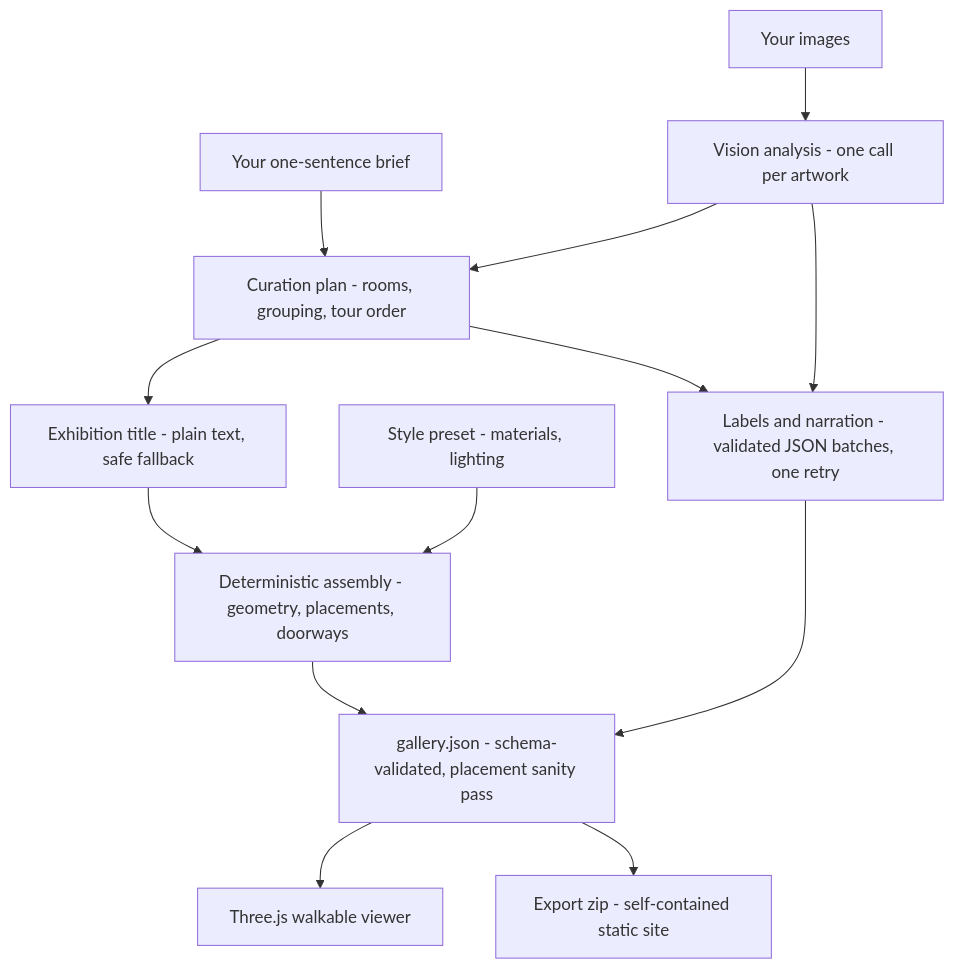
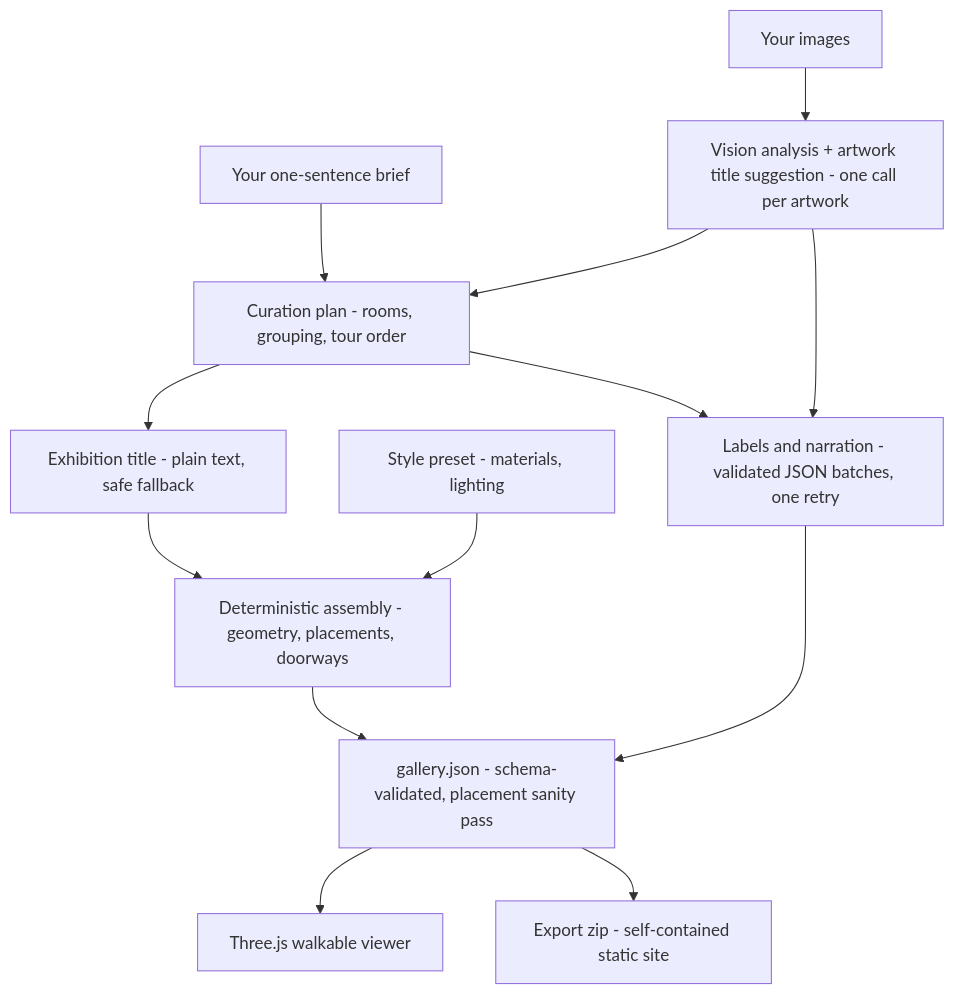
One commit to HuiYingChung/Openhall changed the diagram in README.md. Above: the diagram before and after it, drawn with Mermaid. The commit also changed other lines of this file and 33 other files, not shown here.

````diff
--- a/README.md
+++ b/README.md
@@ -70,15 +70,15 @@
 ```mermaid
 flowchart TD
-    A[Your images] --> B[Vision analysis - one call per artwork]
+    A[Your images] --> B[Vision analysis + artwork title suggestion - one call per artwork]
     BR[Your one-sentence brief] --> C
     B --> C[Curation plan - rooms, grouping, tour order]
     C --> T[Exhibition title - plain text, safe fallback]
     T --> D
     P[Style preset - materials, lighting] --> D[Deterministic assembly - geometry, placements, doorways]
     C --> E[Labels and narration - validated JSON batches, one retry]
     B --> E
     D --> F[gallery.json - schema-validated, placement sanity pass]
     E --> F
     F --> G[Three.js walkable viewer]
     F --> H[Export zip - self-contained static site]
 ```
````
